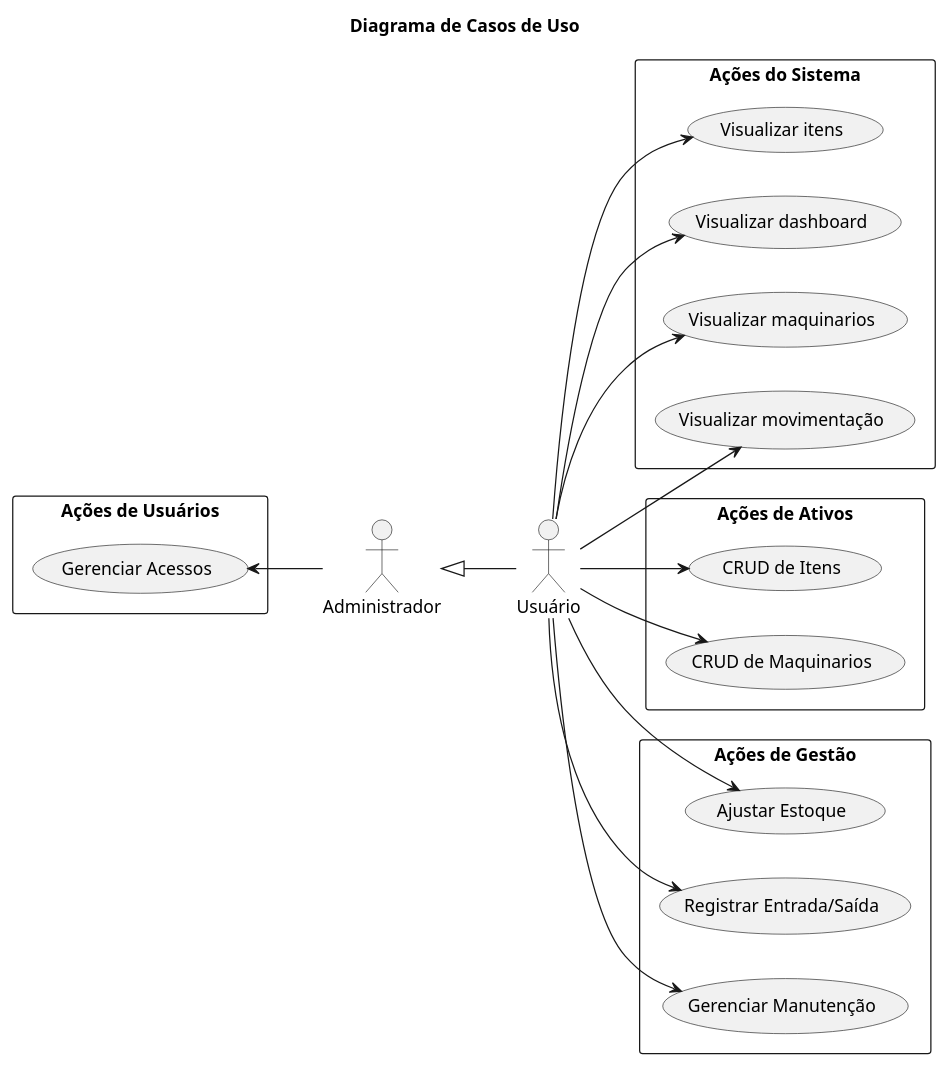
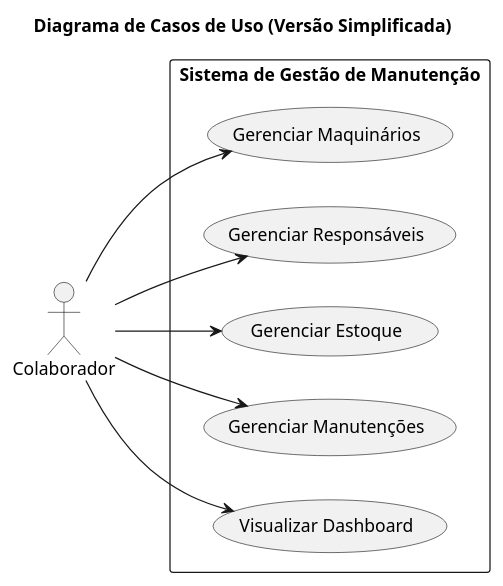
Before and after one commit to SPD-BES-2025-3/grupo10: the diagram in 1- REQUISITOS/dcu.puml, drawn with PlantUML. The commit also changed 39 other files, not shown here.

Commit message:
fix crud de estoque e manutenção

```diff
--- a/1- REQUISITOS/dcu.puml
+++ b/1- REQUISITOS/dcu.puml
@@ -1,54 +1,23 @@
 @startuml Diagrama de Casos de Uso
 
-title Diagrama de Casos de Uso
+title Diagrama de Casos de Uso (Versão Simplificada)
 
 left to right direction
 
-' Definição dos atores'
-actor Usuario as "Usuário"
-actor Administrador as "Administrador"
+actor "Colaborador" as user
 
-' O Administrador é um tipo de Usuário, por isso ele herda as ações'
-' Essa generalização limpa o diagrama, pois o Administrador não precisa de todas as linhas do Usuário'
-Administrador <|-- Usuario
-
-' Agrupando casos de uso com packages para melhor organização e semântica'
-rectangle "Ações do Sistema" {
-  usecase "Visualizar dashboard" as Dashboard
-  usecase "Visualizar maquinarios" as Maquinarios
-  usecase "Visualizar itens" as Itens
-  usecase "Visualizar movimentação" as Movimentacao
+rectangle "Sistema de Gestão de Manutenção" {
+  usecase "Gerenciar Maquinários" as UC1
+  usecase "Gerenciar Responsáveis" as UC2
+  usecase "Gerenciar Estoque" as UC3
+  usecase "Gerenciar Manutenções" as UC4
+  usecase "Visualizar Dashboard" as UC5
 }
 
-rectangle "Ações de Ativos" {
-  usecase "CRUD de Itens" as CRUDItens
-  usecase "CRUD de Maquinarios" as CRUDMaquinarios
-}
-
-rectangle "Ações de Gestão" {
-  usecase "Ajustar Estoque" as AjustarEstoque
-  usecase "Registrar Entrada/Saída" as MovimentacaoProduto
-  usecase "Gerenciar Manutenção" as Manutencao
-}
-
-rectangle "Ações de Usuários" {
-  usecase "Gerenciar Acessos" as Acesso
-}
-
-' Relacionamentos mais limpos'
-Usuario --> Dashboard
-Usuario --> Maquinarios
-Usuario -up-> Itens
-Usuario --> Movimentacao
-
-Usuario --> MovimentacaoProduto
-Usuario --> AjustarEstoque
-Usuario --> CRUDItens
-Usuario --> CRUDMaquinarios
-Usuario --> Manutencao
-
-' As ações específicas do Administrador
-' Ele herda as ações do Usuario, então só precisamos mapear as exclusivas dele'
-Administrador -up-> Acesso
+user --> UC1
+user --> UC2
+user --> UC3
+user --> UC4
+user --> UC5
 
 @enduml
```
